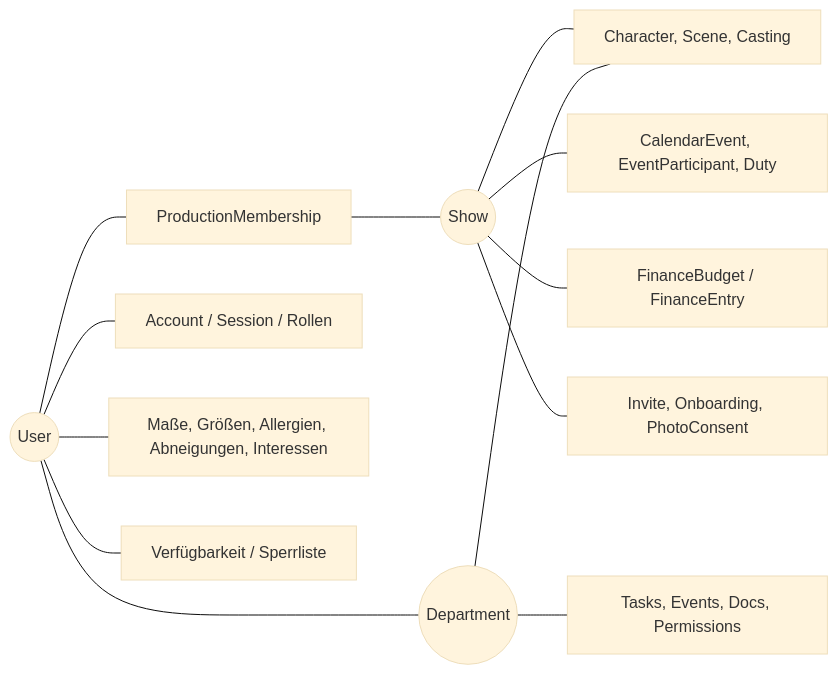
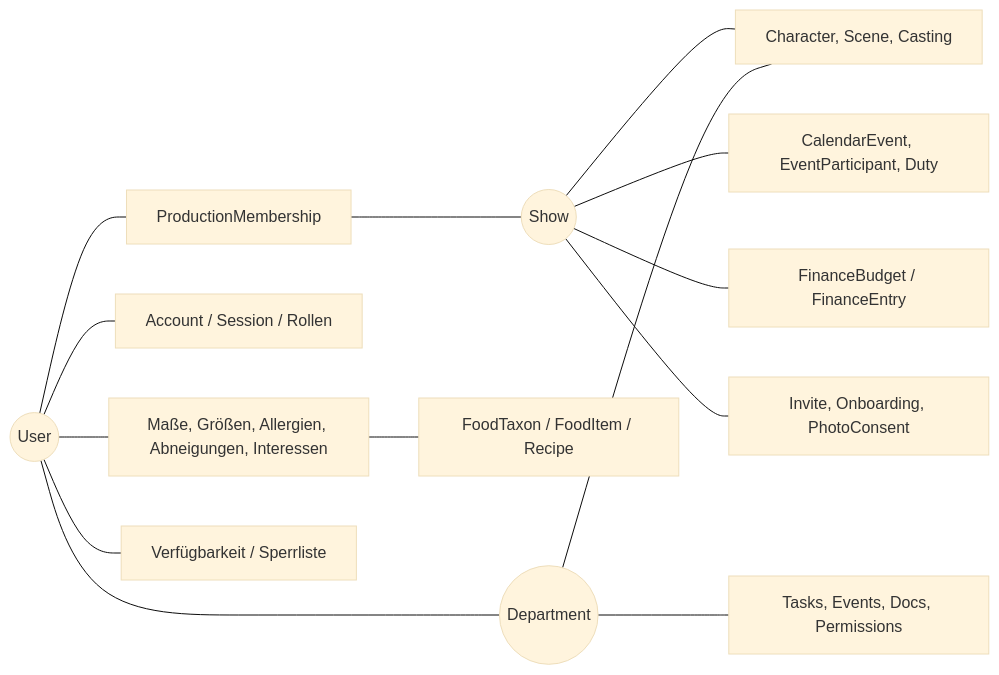
One commit to Schlossparktheater-Altrossthal/Website changed the first of 6 diagrams in docs/datenmodell.md. Above: the diagram before and after it, drawn with Mermaid (base theme). The commit also changed other lines of this file and 2 other files, not shown here.

First line of the commit message:
feat(food): add food taxonomy, food items and recipe models

````diff
--- a/docs/datenmodell.md
+++ b/docs/datenmodell.md
@@ -19,14 +19,15 @@
 ```mermaid
 flowchart LR
     User((User)) --- PM[ProductionMembership] --- Show((Show))
     User --- Auth[Account / Session / Rollen]
     User --- Pers[Maße, Größen, Allergien, Abneigungen, Interessen]
+    Pers --- Food[FoodTaxon / FoodItem / Recipe]
     User --- Avail[Verfügbarkeit / Sperrliste]
     Show --- Stueck[Character, Scene, Casting]
     Show --- Proben[CalendarEvent, EventParticipant, Duty]
     Show --- Fin[FinanceBudget / FinanceEntry]
     Show --- Onb[Invite, Onboarding, PhotoConsent]
     Dept((Department)) --- Stueck
     Dept --- DeptX[Tasks, Events, Docs, Permissions]
     User --- Dept
 ```
````
